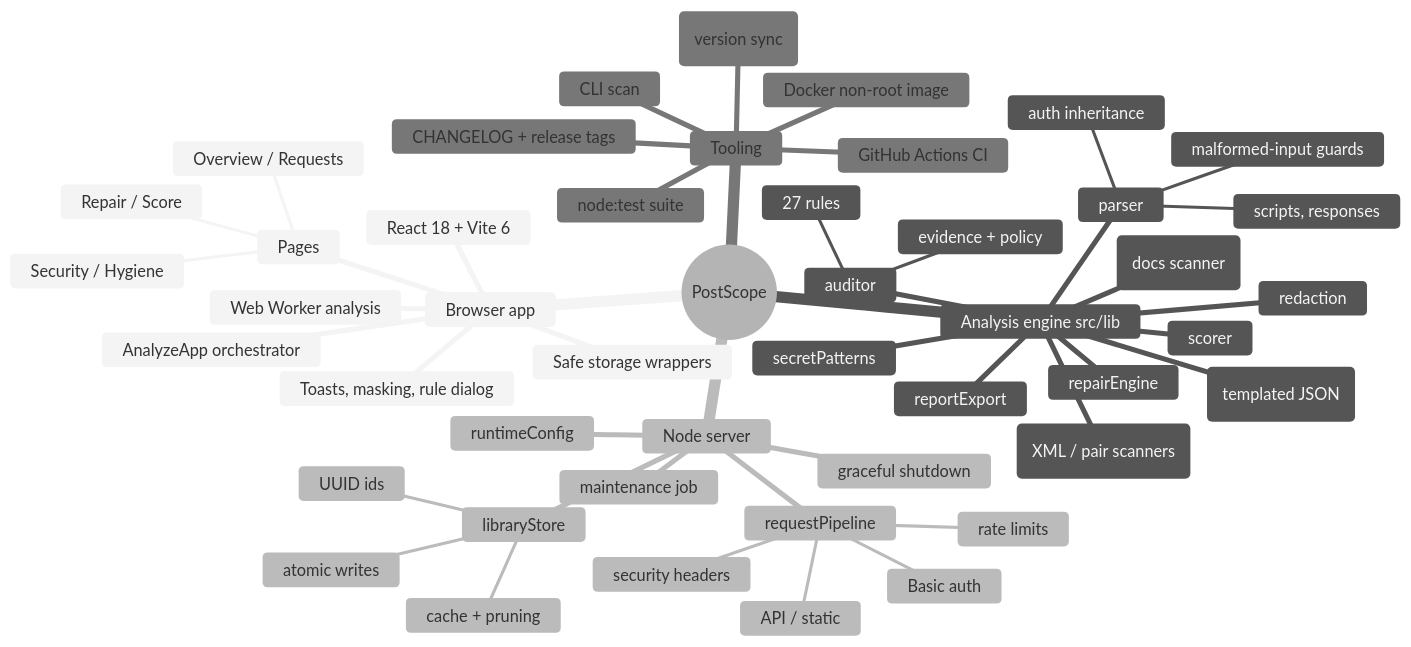
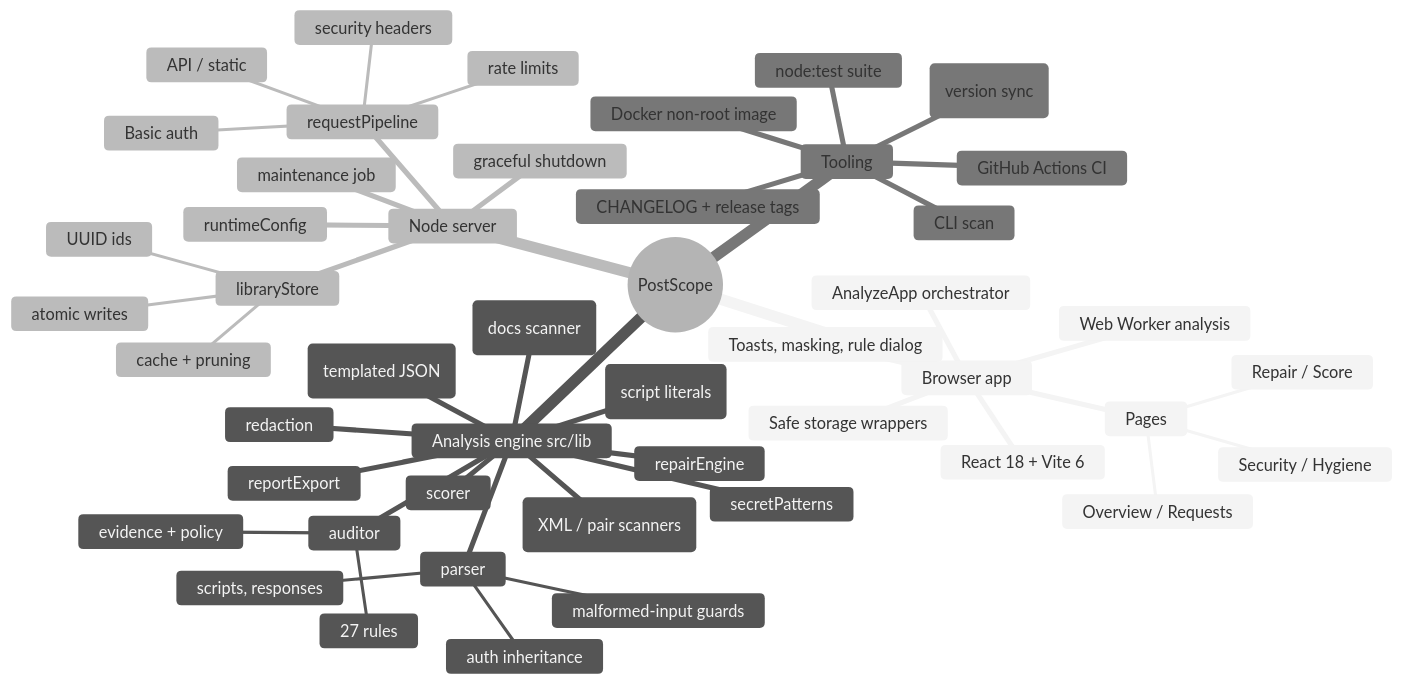
The first of 2 diagrams in docs/mindmap/TECHNICAL_MINDMAP.md (winksen/Postscope-App), drawn with Mermaid (neutral theme) before and after one commit. The commit also changed other lines of this file and 13 other files, not shown here.

````diff
--- a/docs/mindmap/TECHNICAL_MINDMAP.md
+++ b/docs/mindmap/TECHNICAL_MINDMAP.md
@@ -11,50 +11,51 @@
 ```mermaid
 mindmap
   root((PostScope))
     Browser app
       React 18 + Vite 6
       AnalyzeApp orchestrator
       Pages
         Overview / Requests
         Security / Hygiene
         Repair / Score
       Web Worker analysis
       Toasts, masking, rule dialog
       Safe storage wrappers
     Analysis engine src/lib
       parser
         auth inheritance
         scripts, responses
         malformed-input guards
       auditor
         27 rules
         evidence + policy
       jsonBody (templated JSON)
       rawBody (XML / pair scanners)
       descriptions (docs scanner)
+      scriptSecrets (script literals)
       secretPatterns
       scorer
       repairEngine
       redaction
       reportExport
     Node server
       requestPipeline
         security headers
         Basic auth
         rate limits
         API / static
       libraryStore
         UUID ids
         atomic writes
         cache + pruning
       runtimeConfig
       maintenance job
       graceful shutdown
     Tooling
       CLI scan
       node:test suite
       GitHub Actions CI
       Docker non-root image
       release:check (version sync)
       CHANGELOG + release tags
 ```
````
